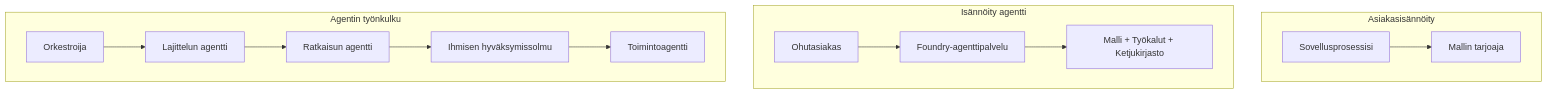
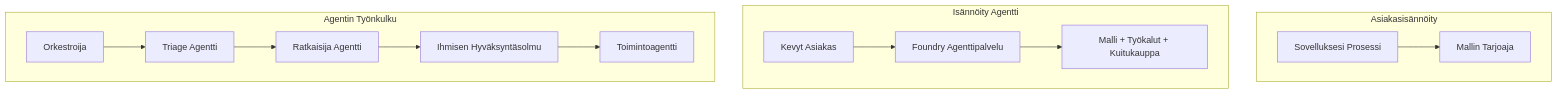
One commit to microsoft/ai-agents-for-beginners changed the first of 4 diagrams in translations/fi/16-deploying-scalable-agents/README.md. Above: the diagram before and after it, drawn with Mermaid. The commit also changed other lines of this file and 47 other files, not shown here.

````diff
--- a/translations/fi/16-deploying-scalable-agents/README.md
+++ b/translations/fi/16-deploying-scalable-agents/README.md
@@ -87,16 +87,16 @@
 ```mermaid
 flowchart TB
     subgraph P1[Asiakasisännöity]
-        A1[Sovellusprosessisi] --> M1[Mallin tarjoaja]
+        A1[Sovelluksesi Prosessi] --> M1[Mallin Tarjoaja]
     end
-    subgraph P2[Isännöity agentti]
-        A2[Ohutasiakas] --> F2[Foundry-agenttipalvelu]
-        F2 --> M2[Malli + Työkalut + Ketjukirjasto]
+    subgraph P2[Isännöity Agentti]
+        A2[Kevyt Asiakas] --> F2[Foundry Agenttipalvelu]
+        F2 --> M2[Malli + Työkalut + Kuitukauppa]
     end
-    subgraph P3[Agentin työnkulku]
-        A3[Orkestroija] --> S1[Lajittelun agentti]
-        S1 --> S2[Ratkaisun agentti]
-        S2 --> H[Ihmisen hyväksymissolmu]
+    subgraph P3[Agentin Työnkulku]
+        A3[Orkestroija] --> S1[Triage Agentti]
+        S1 --> S2[Ratkaisija Agentti]
+        S2 --> H[Ihmisen Hyväksyntäsolmu]
         H --> S3[Toimintoagentti]
     end
 ```
````
